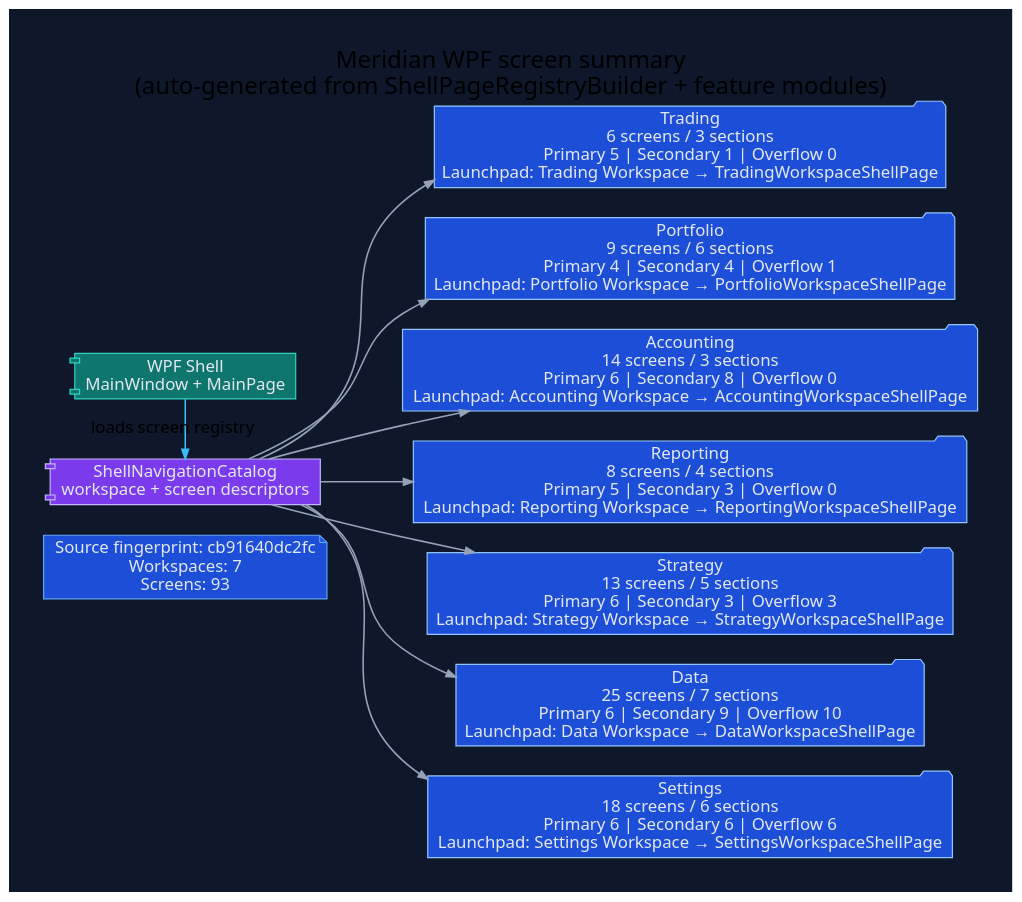
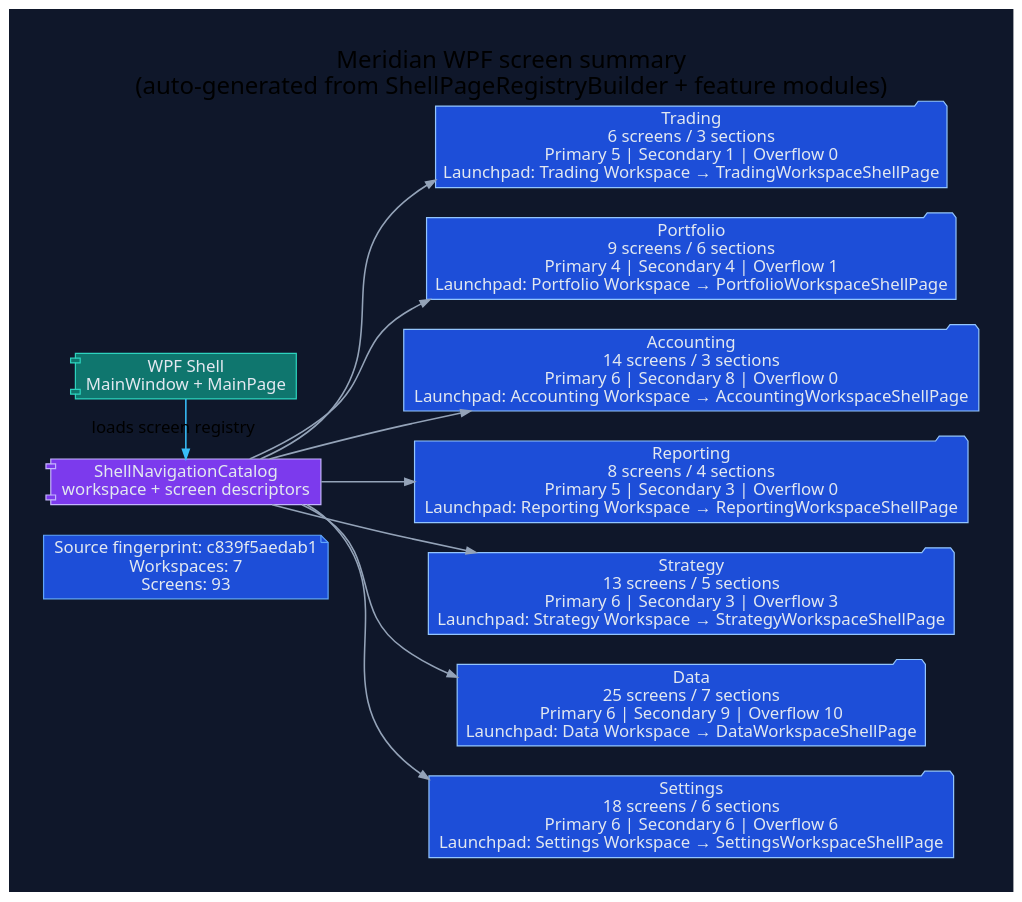
Before and after one commit to rodoHasArrived/Meridian-main: the diagram in docs/diagrams/ui/ui-wpf-screen-summary.dot, drawn with Graphviz. The commit also changed 43 other files, not shown here.

First line of the commit message:
Re-render WPF UI diagrams with the pinned diagram toolchain

```diff
--- a/docs/diagrams/ui/ui-wpf-screen-summary.dot
+++ b/docs/diagrams/ui/ui-wpf-screen-summary.dot
@@ -1,42 +1,42 @@
 // -----------------------------------------------------------------------------
 // <auto-generated>
 // Generated by scripts/generate-diagrams.mjs.
 // Do not edit this file directly; update the WPF source files instead.
 // -----------------------------------------------------------------------------
 digraph WpfScreenSummary {
   graph [
     rankdir=LR,
     labelloc=t,
     label="Meridian WPF screen summary\n(auto-generated from ShellPageRegistryBuilder + feature modules)",
     fontname="Segoe UI",
     fontsize=20,
     pad=0.4,
     nodesep=0.35,
     ranksep=0.85,
     bgcolor="#0f172a"
   ];
   node [fontname="Segoe UI", shape=box, style="rounded,filled", color="#475569", fontcolor="#e2e8f0", fillcolor="#1e293b"];
   edge [fontname="Segoe UI", color="#94a3b8", penwidth=1.3, arrowsize=0.8];
 
-  generated [shape=note, fillcolor="#1d4ed8", color="#60a5fa", label="Source fingerprint: cb91640dc2fc\nWorkspaces: 7\nScreens: 93"];
+  generated [shape=note, fillcolor="#1d4ed8", color="#60a5fa", label="Source fingerprint: c839f5aedab1\nWorkspaces: 7\nScreens: 93"];
   shell [shape=component, fillcolor="#0f766e", color="#2dd4bf", label="WPF Shell\nMainWindow + MainPage"];
   catalog [shape=component, fillcolor="#7c3aed", color="#c4b5fd", label="ShellNavigationCatalog\nworkspace + screen descriptors"];
   shell -> catalog [label="loads screen registry", color="#38bdf8"];
 
   workspace_1 [shape=folder, fillcolor="#1d4ed8", color="#93c5fd", label="Trading\n6 screens / 3 sections\nPrimary 5 | Secondary 1 | Overflow 0\nLaunchpad: Trading Workspace → TradingWorkspaceShellPage"];
   catalog -> workspace_1;
   workspace_2 [shape=folder, fillcolor="#1d4ed8", color="#93c5fd", label="Portfolio\n9 screens / 6 sections\nPrimary 4 | Secondary 4 | Overflow 1\nLaunchpad: Portfolio Workspace → PortfolioWorkspaceShellPage"];
   catalog -> workspace_2;
   workspace_3 [shape=folder, fillcolor="#1d4ed8", color="#93c5fd", label="Accounting\n14 screens / 3 sections\nPrimary 6 | Secondary 8 | Overflow 0\nLaunchpad: Accounting Workspace → AccountingWorkspaceShellPage"];
   catalog -> workspace_3;
   workspace_4 [shape=folder, fillcolor="#1d4ed8", color="#93c5fd", label="Reporting\n8 screens / 4 sections\nPrimary 5 | Secondary 3 | Overflow 0\nLaunchpad: Reporting Workspace → ReportingWorkspaceShellPage"];
   catalog -> workspace_4;
   workspace_5 [shape=folder, fillcolor="#1d4ed8", color="#93c5fd", label="Strategy\n13 screens / 5 sections\nPrimary 6 | Secondary 3 | Overflow 3\nLaunchpad: Strategy Workspace → StrategyWorkspaceShellPage"];
   catalog -> workspace_5;
   workspace_6 [shape=folder, fillcolor="#1d4ed8", color="#93c5fd", label="Data\n25 screens / 7 sections\nPrimary 6 | Secondary 9 | Overflow 10\nLaunchpad: Data Workspace → DataWorkspaceShellPage"];
   catalog -> workspace_6;
   workspace_7 [shape=folder, fillcolor="#1d4ed8", color="#93c5fd", label="Settings\n18 screens / 6 sections\nPrimary 6 | Secondary 6 | Overflow 6\nLaunchpad: Settings Workspace → SettingsWorkspaceShellPage"];
   catalog -> workspace_7;
 
   { rank=min; generated; shell; catalog; }
 }
```
